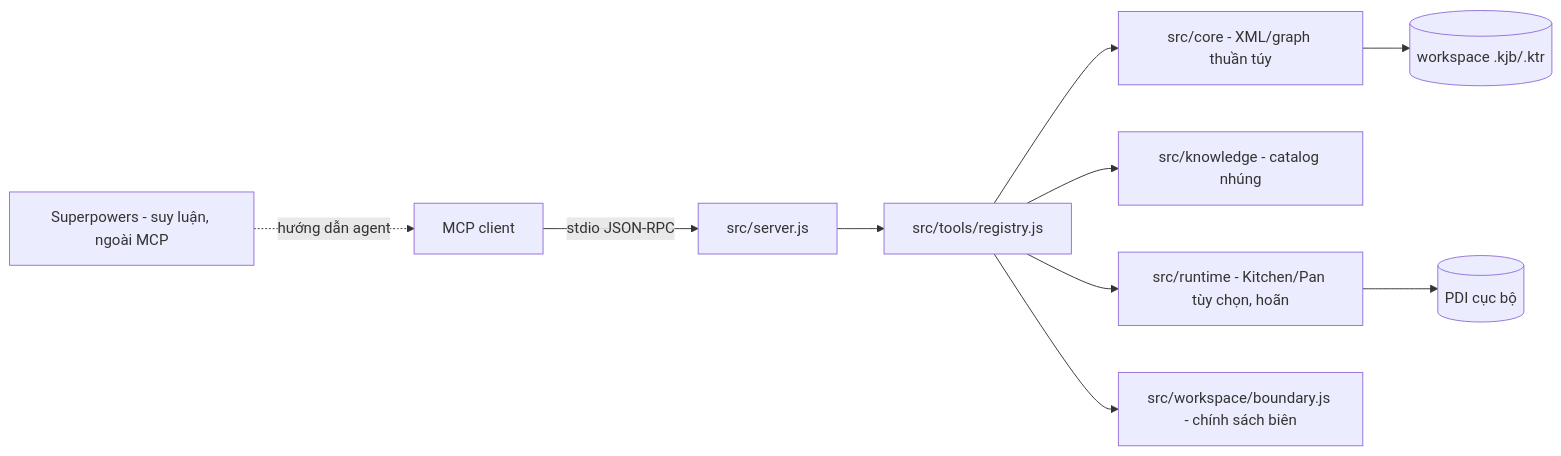
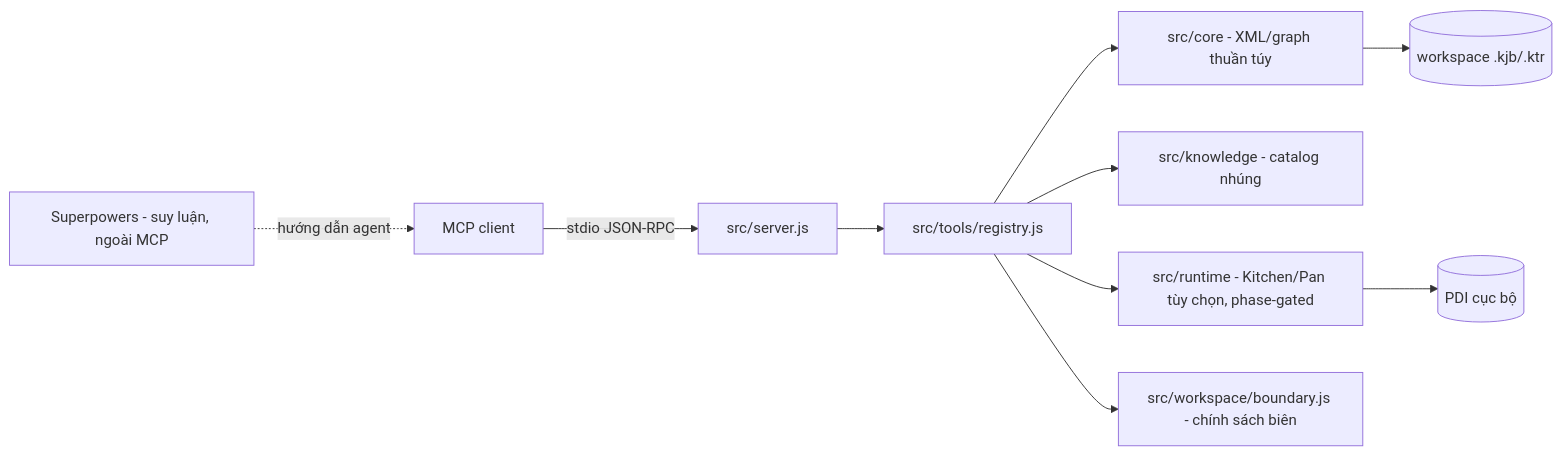
The second of 2 diagrams in README.md (TumRoyall/pentaho-mcp-server), drawn with Mermaid before and after one commit. The commit also changed other lines of this file and 14 other files, not shown here.

````diff
--- a/README.md
+++ b/README.md
@@ -106,12 +115,12 @@
 ```mermaid
 flowchart LR
     SP[Superpowers - suy luận, ngoài MCP] -. hướng dẫn agent .-> Client
     Client[MCP client] -->|stdio JSON-RPC| Server[src/server.js]
     Server --> Registry[src/tools/registry.js]
     Registry --> Core[src/core - XML/graph thuần túy]
     Registry --> Knowledge[src/knowledge - catalog nhúng]
-    Registry --> Runtime[src/runtime - Kitchen/Pan tùy chọn, hoãn]
+    Registry --> Runtime[src/runtime - Kitchen/Pan tùy chọn, phase-gated]
     Registry --> Boundary[src/workspace/boundary.js - chính sách biên]
     Core --> Workspace[(workspace .kjb/.ktr)]
     Runtime --> PDI[(PDI cục bộ)]
 ```
````
